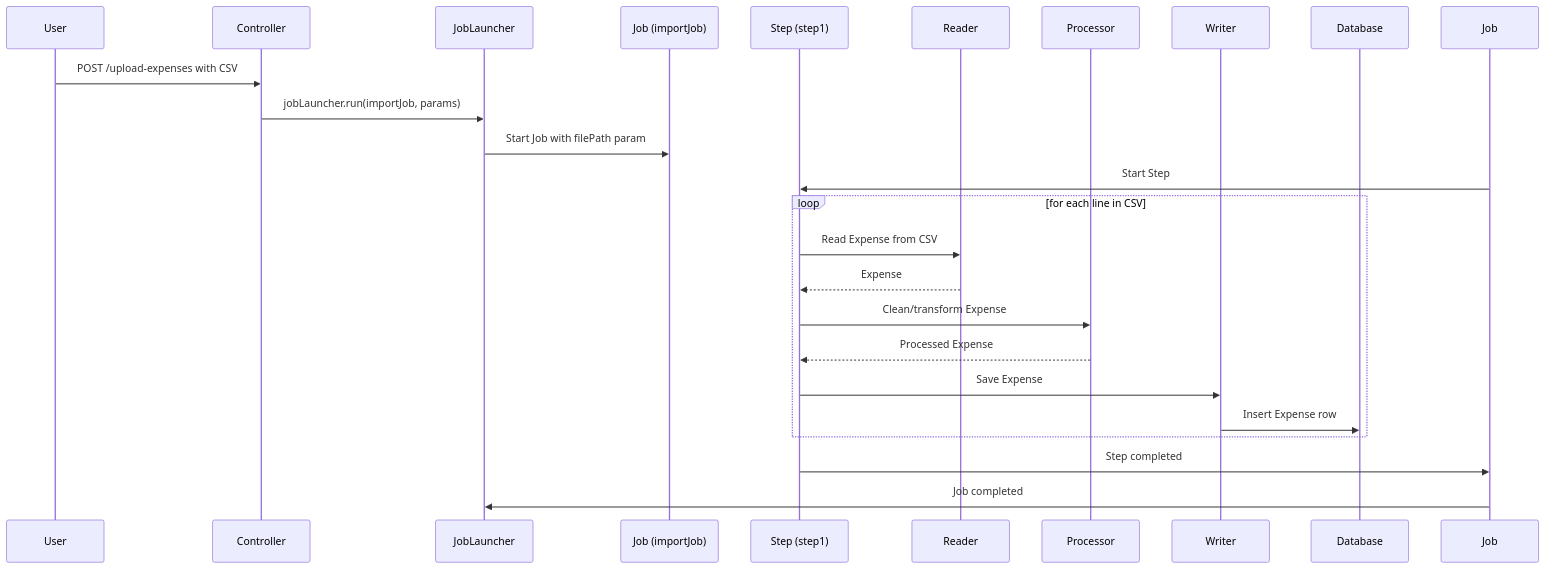
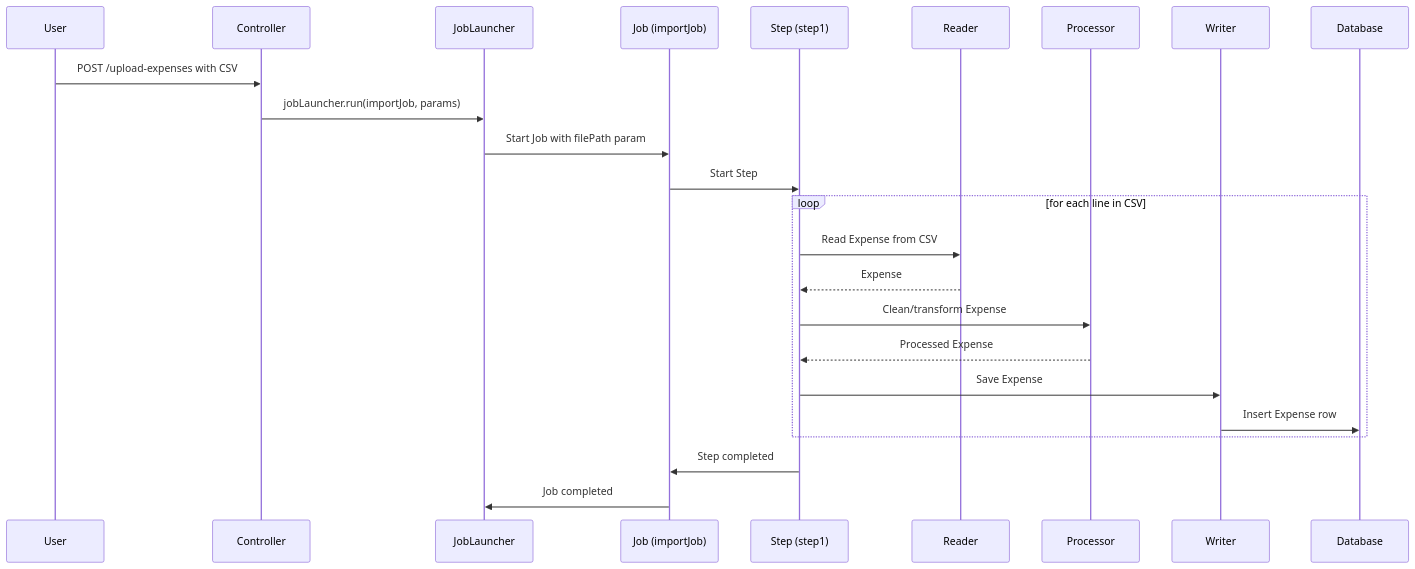
One commit to mediocreasian/springbatch-expense-process changed the diagram in README.md. Above: the diagram before and after it, drawn with Mermaid.

`````diff
--- a/README.md
+++ b/README.md
@@ -44,27 +44,27 @@
 ```mermaid
 sequenceDiagram
     participant User
     participant Controller
     participant JobLauncher
     participant Job (importJob)
     participant Step (step1)
     participant Reader
     participant Processor
     participant Writer
     participant Database
 
     User->>Controller: POST /upload-expenses with CSV
     Controller->>JobLauncher: jobLauncher.run(importJob, params)
     JobLauncher->>Job (importJob): Start Job with filePath param
-    Job->>Step (step1): Start Step
+    Job (importJob)->>Step (step1): Start Step
     loop for each line in CSV
         Step (step1)->>Reader: Read Expense from CSV
         Reader-->>Step (step1): Expense
         Step (step1)->>Processor: Clean/transform Expense
         Processor-->>Step (step1): Processed Expense
         Step (step1)->>Writer: Save Expense
         Writer->>Database: Insert Expense row
     end
-    Step (step1)->>Job: Step completed
-    Job->>JobLauncher: Job completed
+    Step (step1)->>Job (importJob): Step completed
+    Job (importJob)->>JobLauncher: Job completed
 ````
`````
